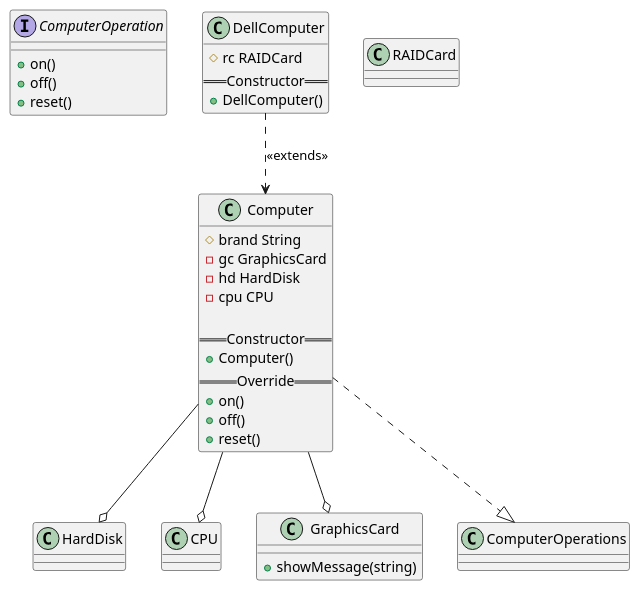
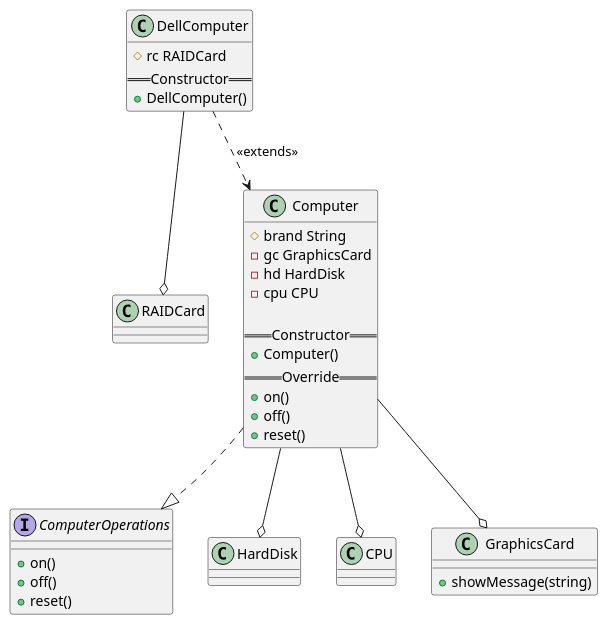
Before and after one commit to Anxiu0101/Semester4LectureNotes: the first of 2 diagrams in CS335FZ-Software-Engineering-Software-Process/FinalExam/SampleQuestions.md, drawn with PlantUML. The commit also changed other lines of this file, not shown here.

````diff
--- a/CS335FZ-Software-Engineering-Software-Process/FinalExam/SampleQuestions.md
+++ b/CS335FZ-Software-Engineering-Software-Process/FinalExam/SampleQuestions.md
@@ -268,37 +268,38 @@
 ```puml
-interface ComputerOperation {
+interface ComputerOperations {
 	+ on()
 	+ off()
 	+ reset()
 }
 
 class HardDisk{}
 class CPU{}
 class RAIDCard{}
 class GraphicsCard{
 	+ showMessage(string)
 }
 class Computer {
 	# brand String
 	- gc GraphicsCard
 	- hd HardDisk
 	- cpu CPU
 	
 	== Constructor ==
 	+ Computer()
 	== Override ==
 	+ on()
 	+ off()
 	+ reset()
 }
 Computer ..|> ComputerOperations
 Computer --o GraphicsCard
 Computer --o HardDisk
 Computer --o CPU
 class DellComputer {
 	# rc RAIDCard
 	== Constructor ==
 	+ DellComputer()
 }
 DellComputer ..> Computer: <<extends>>
+DellComputer --o RAIDCard
 ```
````
